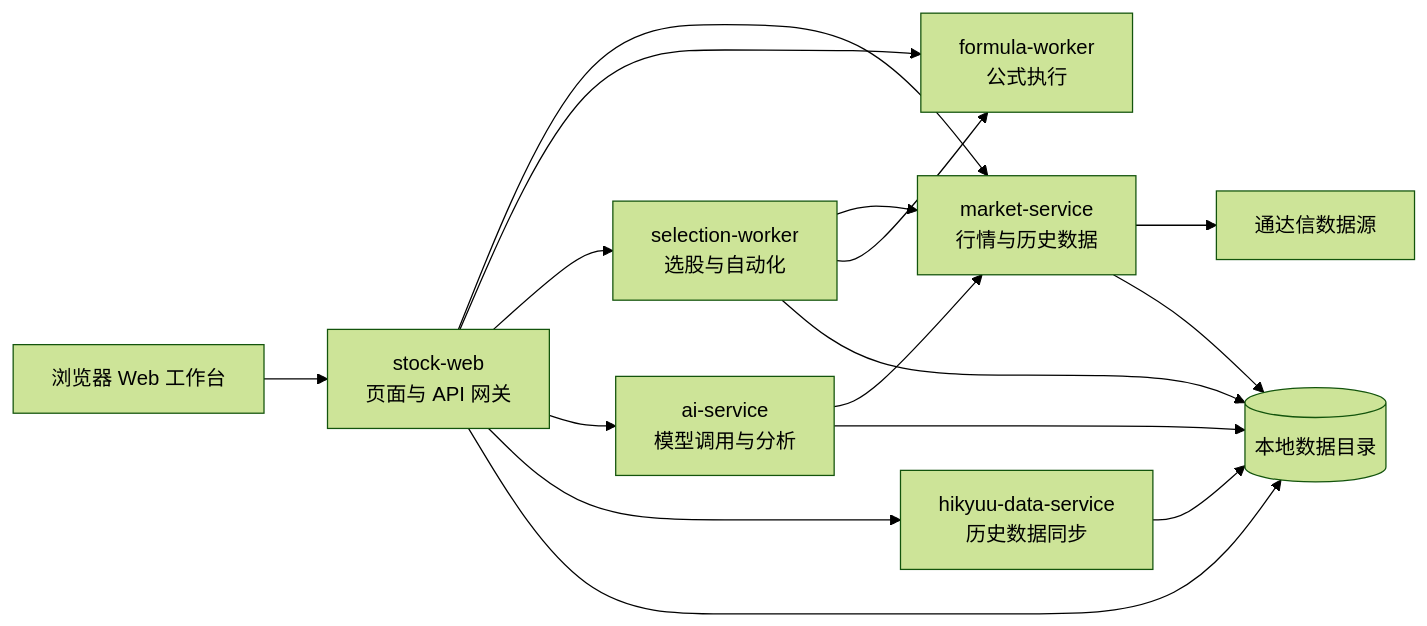
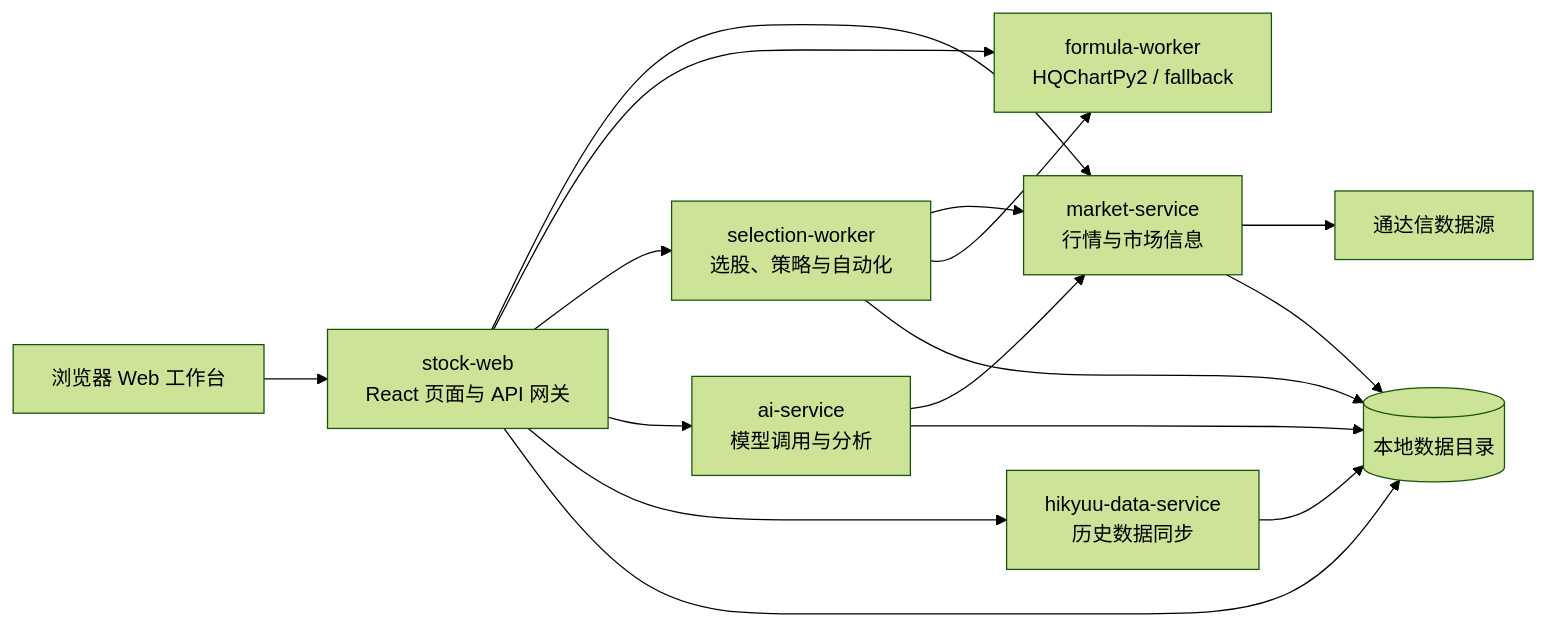
One commit to YuanJiaShuai/tdx-api changed the diagram in README.md. Above: the diagram before and after it, drawn with Mermaid (forest theme). The commit also changed other lines of this file and 3 other files, not shown here.

````diff
--- a/README.md
+++ b/README.md
@@ -90,18 +89,18 @@
 ```mermaid
 flowchart LR
-    Browser[浏览器 Web 工作台] --> Web[stock-web<br/>页面与 API 网关]
-    Web --> Market[market-service<br/>行情与历史数据]
-    Web --> Formula[formula-worker<br/>公式执行]
-    Web --> Selection[selection-worker<br/>选股与自动化]
+    Browser[浏览器 Web 工作台] --> Web[stock-web<br/>React 页面与 API 网关]
+    Web --> Market[market-service<br/>行情与市场信息]
+    Web --> Formula[formula-worker<br/>HQChartPy2 / fallback]
+    Web --> Selection[selection-worker<br/>选股、策略与自动化]
     Web --> AI[ai-service<br/>模型调用与分析]
     Web --> Hikyuu[hikyuu-data-service<br/>历史数据同步]
     Selection --> Market
     Selection --> Formula
     AI --> Market
     Market --> TDX[通达信数据源]
     Hikyuu --> Local[(本地数据目录)]
     Market --> Local
     Web --> Local
     Selection --> Local
     AI --> Local
 ```
````
